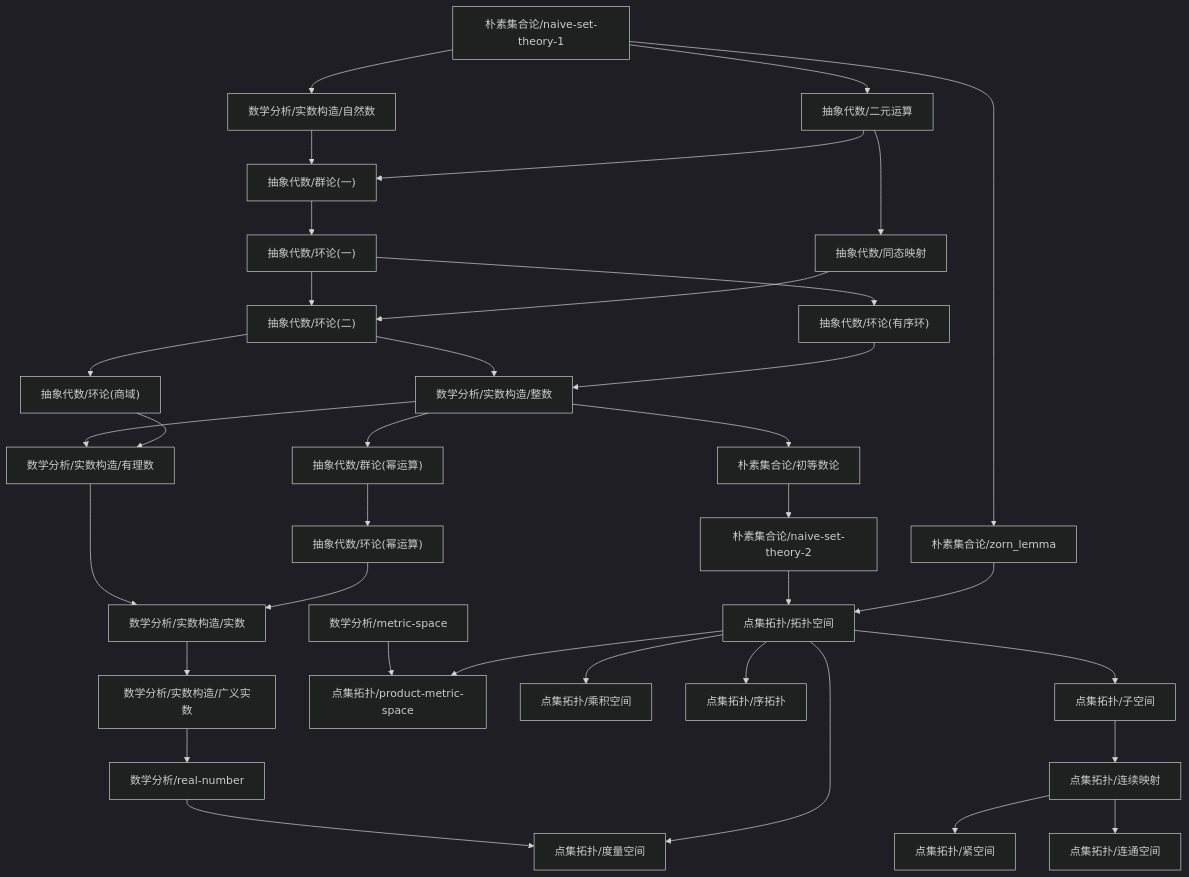
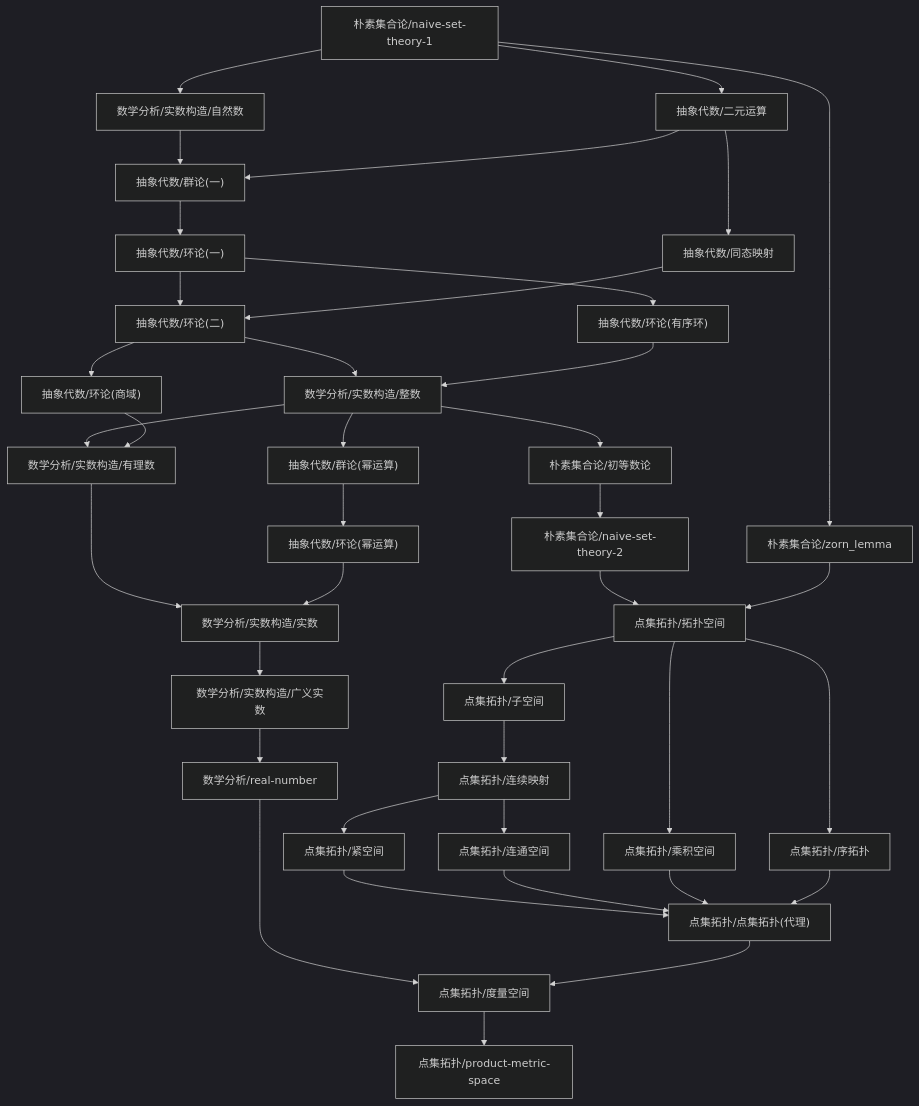
Before and after one commit to zeroDtree/zeroDtree.github.io: the diagram in content/点集拓扑/dependency_graph.md, drawn with Mermaid (dark theme). The commit also changed 6 other files, not shown here.

Commit message:
Refactor dependency graph and prerequisites in mathematical content for improved clarity and structure. Update links in product-metric-space.md and related files to reflect changes in topology and metric space concepts.

````diff
--- a/content/点集拓扑/dependency_graph.md
+++ b/content/点集拓扑/dependency_graph.md
@@ -1,38 +1,41 @@
 ```mermaid
 graph TD
 1["朴素集合论/naive-set-theory-2"] --> 0["点集拓扑/拓扑空间"]
 2["朴素集合论/zorn_lemma"] --> 0["点集拓扑/拓扑空间"]
 4["点集拓扑/子空间"] --> 3["点集拓扑/连续映射"]
 0["点集拓扑/拓扑空间"] --> 4["点集拓扑/子空间"]
 7["数学分析/real-number"] --> 6["点集拓扑/度量空间"]
-0["点集拓扑/拓扑空间"] --> 6["点集拓扑/度量空间"]
-3["点集拓扑/连续映射"] --> 8["点集拓扑/紧空间"]
-10["数学分析/metric-space"] --> 9["点集拓扑/product-metric-space"]
-0["点集拓扑/拓扑空间"] --> 9["点集拓扑/product-metric-space"]
+8["点集拓扑/点集拓扑(代理)"] --> 6["点集拓扑/度量空间"]
+3["点集拓扑/连续映射"] --> 9["点集拓扑/紧空间"]
+6["点集拓扑/度量空间"] --> 10["点集拓扑/product-metric-space"]
+9["点集拓扑/紧空间"] --> 8["点集拓扑/点集拓扑(代理)"]
+11["点集拓扑/连通空间"] --> 8["点集拓扑/点集拓扑(代理)"]
+12["点集拓扑/乘积空间"] --> 8["点集拓扑/点集拓扑(代理)"]
+13["点集拓扑/序拓扑"] --> 8["点集拓扑/点集拓扑(代理)"]
 3["点集拓扑/连续映射"] --> 11["点集拓扑/连通空间"]
 0["点集拓扑/拓扑空间"] --> 12["点集拓扑/乘积空间"]
 0["点集拓扑/拓扑空间"] --> 13["点集拓扑/序拓扑"]
 14["数学分析/实数构造/广义实数"] --> 7["数学分析/real-number"]
 15["数学分析/实数构造/实数"] --> 14["数学分析/实数构造/广义实数"]
 17["朴素集合论/naive-set-theory-1"] --> 16["数学分析/实数构造/自然数"]
 19["抽象代数/环论(二)"] --> 18["数学分析/实数构造/整数"]
 20["抽象代数/环论(有序环)"] --> 18["数学分析/实数构造/整数"]
 18["数学分析/实数构造/整数"] --> 21["数学分析/实数构造/有理数"]
 22["抽象代数/环论(商域)"] --> 21["数学分析/实数构造/有理数"]
 21["数学分析/实数构造/有理数"] --> 15["数学分析/实数构造/实数"]
 23["抽象代数/环论(幂运算)"] --> 15["数学分析/实数构造/实数"]
 24["抽象代数/群论(幂运算)"] --> 23["抽象代数/环论(幂运算)"]
 18["数学分析/实数构造/整数"] --> 24["抽象代数/群论(幂运算)"]
 19["抽象代数/环论(二)"] --> 22["抽象代数/环论(商域)"]
 25["抽象代数/环论(一)"] --> 19["抽象代数/环论(二)"]
 26["抽象代数/同态映射"] --> 19["抽象代数/环论(二)"]
 27["抽象代数/群论(一)"] --> 25["抽象代数/环论(一)"]
 28["抽象代数/二元运算"] --> 26["抽象代数/同态映射"]
 17["朴素集合论/naive-set-theory-1"] --> 28["抽象代数/二元运算"]
 16["数学分析/实数构造/自然数"] --> 27["抽象代数/群论(一)"]
 28["抽象代数/二元运算"] --> 27["抽象代数/群论(一)"]
 25["抽象代数/环论(一)"] --> 20["抽象代数/环论(有序环)"]
 29["朴素集合论/初等数论"] --> 1["朴素集合论/naive-set-theory-2"]
 17["朴素集合论/naive-set-theory-1"] --> 2["朴素集合论/zorn_lemma"]
 18["数学分析/实数构造/整数"] --> 29["朴素集合论/初等数论"]
 ```
````
